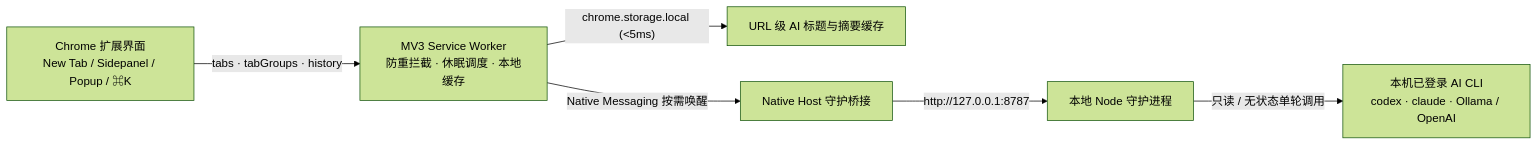
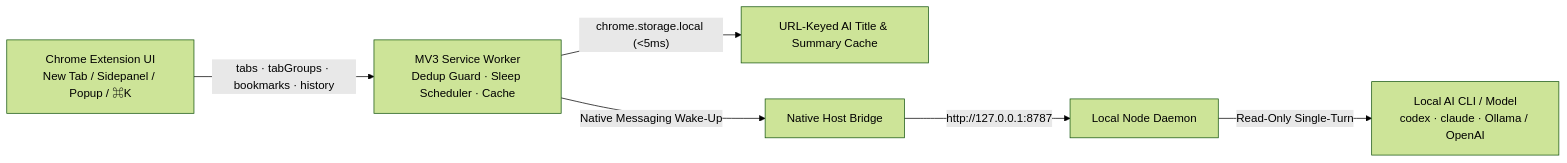
Before and after one commit to jackerjay/tabloom: the diagram in README.md, drawn with Mermaid (forest theme). The commit also changed other lines of this file and 3 other files, not shown here.

````diff
--- a/README.md
+++ b/README.md
@@ -148,8 +152,8 @@
 ```mermaid
 flowchart LR
-  UI["Chrome 扩展界面<br/>New Tab / Sidepanel / Popup / ⌘K"] -->|"tabs · tabGroups · history"| BG["MV3 Service Worker<br/>防重拦截 · 休眠调度 · 本地缓存"]
-  BG -->|"chrome.storage.local (<5ms)"| CACHE["URL 级 AI 标题与摘要缓存"]
-  BG -->|"Native Messaging 按需唤醒"| NM["Native Host 守护桥接"]
-  NM -->|"http://127.0.0.1:8787"| SRV["本地 Node 守护进程"]
-  SRV -->|"只读 / 无状态单轮调用"| CLI["本机已登录 AI CLI<br/>codex · claude · Ollama / OpenAI"]
+  UI["Chrome Extension UI<br/>New Tab / Sidepanel / Popup / ⌘K"] -->|"tabs · tabGroups · bookmarks · history"| BG["MV3 Service Worker<br/>Dedup Guard · Sleep Scheduler · Cache"]
+  BG -->|"chrome.storage.local (<5ms)"| CACHE["URL-Keyed AI Title & Summary Cache"]
+  BG -->|"Native Messaging Wake-Up"| NM["Native Host Bridge"]
+  NM -->|"http://127.0.0.1:8787"| SRV["Local Node Daemon"]
+  SRV -->|"Read-Only Single-Turn"| CLI["Local AI CLI / Model<br/>codex · claude · Ollama / OpenAI"]
 ```
````
